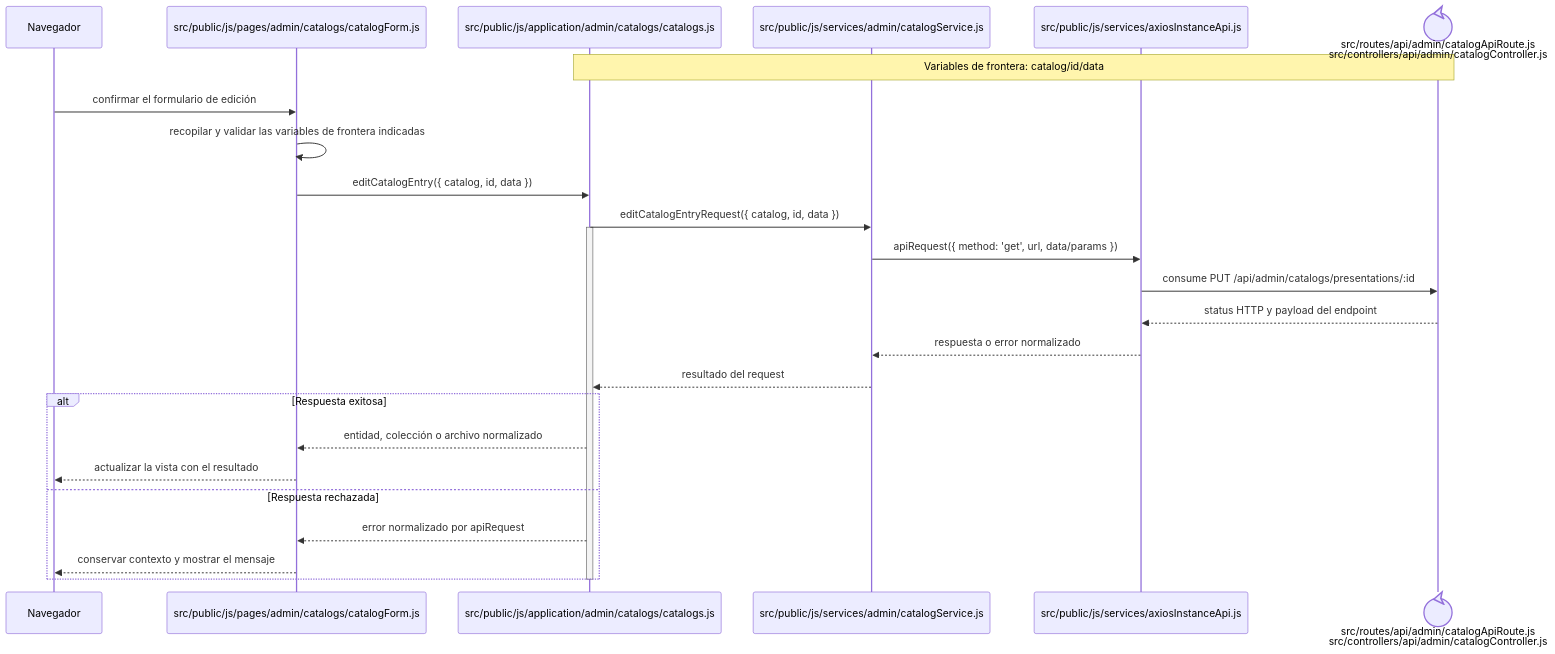
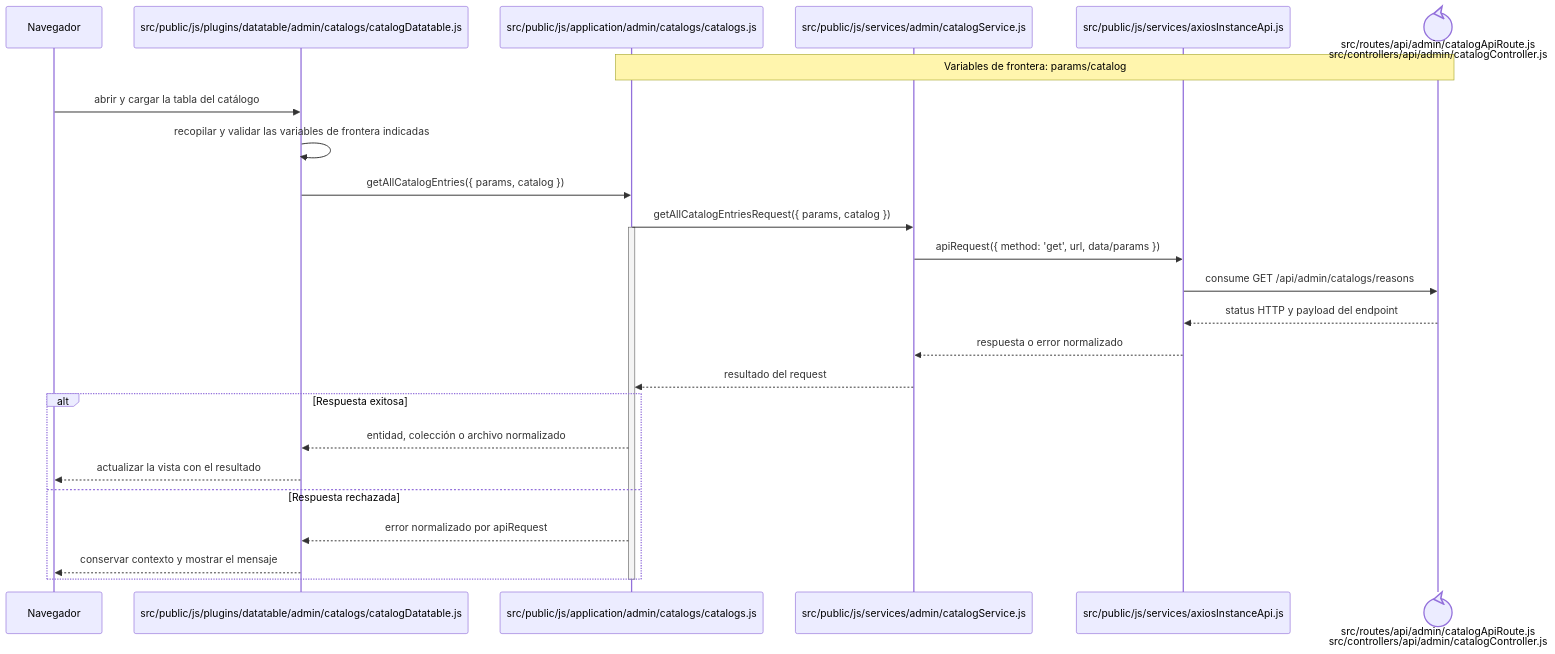
The diagram in docs/architecture/frontend-code-sequences/catalogs/cu-cat-39.md (gpgsistemas01/nexus), drawn with Mermaid before and after one commit. The commit also changed other lines of this file and 126 other files, not shown here.

````diff
--- a/docs/architecture/frontend-code-sequences/catalogs/cu-cat-39.md
+++ b/docs/architecture/frontend-code-sequences/catalogs/cu-cat-39.md
@@ -6,29 +6,29 @@
 ```mermaid
 sequenceDiagram
     participant Browser as Navegador
-    participant View as src/public/js/pages/admin/catalogs/catalogForm.js
+    participant View as src/public/js/plugins/datatable/admin/catalogs/catalogDatatable.js
     participant Application as src/public/js/application/admin/catalogs/catalogs.js
     participant Request as src/public/js/services/admin/catalogService.js
     participant HTTP as src/public/js/services/axiosInstanceApi.js
     participant Transport@{ "type": "control" } as src/routes/api/admin/catalogApiRoute.js<br/>src/controllers/api/admin/catalogController.js
-    Note over Application,Transport: Variables de frontera: catalog/id/data
+    Note over Application,Transport: Variables de frontera: params/catalog
 
-    Browser->>View: confirmar el formulario de edición
+    Browser->>View: abrir y cargar la tabla del catálogo
     View->>View: recopilar y validar las variables de frontera indicadas
-    View->>Application: editCatalogEntry({ catalog, id, data })
-    Application->>Request: editCatalogEntryRequest({ catalog, id, data })
+    View->>Application: getAllCatalogEntries({ params, catalog })
+    Application->>Request: getAllCatalogEntriesRequest({ params, catalog })
     activate Application
     Request->>HTTP: apiRequest({ method: 'get', url, data/params })
-    HTTP->>Transport: consume PUT /api/admin/catalogs/presentations/:id
+    HTTP->>Transport: consume GET /api/admin/catalogs/reasons
     Transport-->>HTTP: status HTTP y payload del endpoint
     HTTP-->>Request: respuesta o error normalizado
     Request-->>Application: resultado del request
     alt Respuesta exitosa
         Application-->>View: entidad, colección o archivo normalizado
         View-->>Browser: actualizar la vista con el resultado
     else Respuesta rechazada
         Application-->>View: error normalizado por apiRequest
         View-->>Browser: conservar contexto y mostrar el mensaje
     end
     deactivate Application
 ```
````
